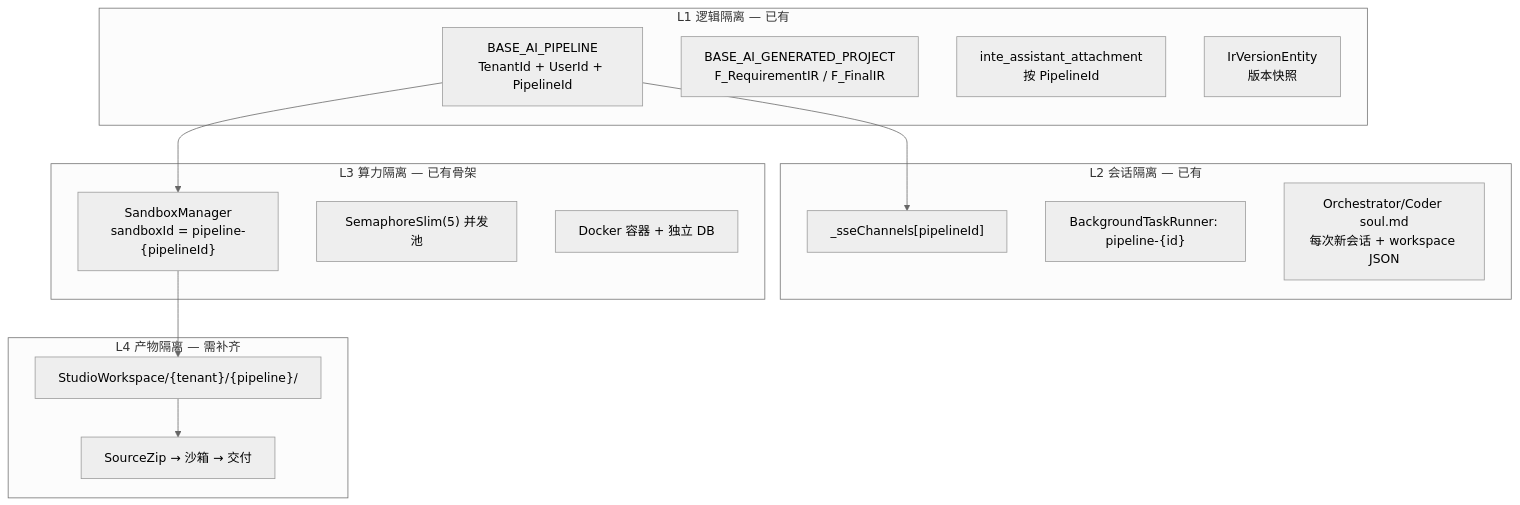
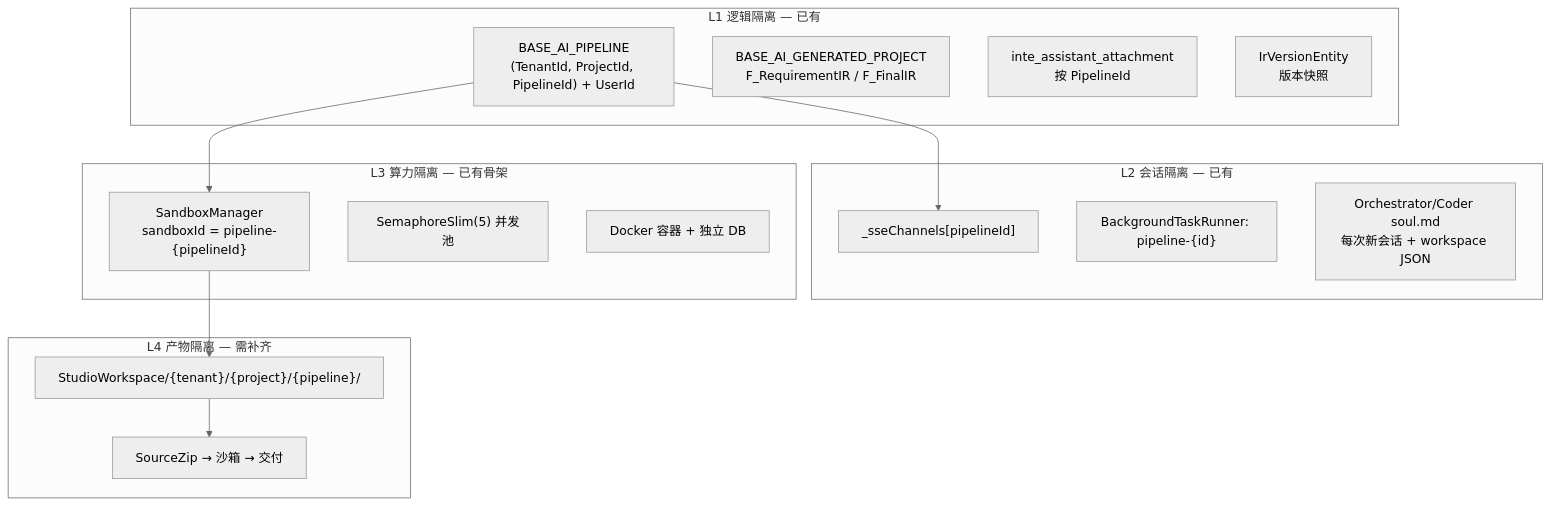
Before and after one commit to DULASlee/jnpfv52: the diagram in docs/AI原生开发/1、多用户多任务并行/1、现有架构缺陷和应对.md, drawn with Mermaid (neutral theme). The commit also changed other lines of this file and 691 other files, not shown here.

````diff
--- a/docs/AI原生开发/1、多用户多任务并行/1、现有架构缺陷和应对.md
+++ b/docs/AI原生开发/1、多用户多任务并行/1、现有架构缺陷和应对.md
@@ -417,31 +419,31 @@
 ```mermaid
 flowchart TB
     subgraph L1["L1 逻辑隔离 — 已有"]
-        P["BASE_AI_PIPELINE<br/>TenantId + UserId + PipelineId"]
+        P["BASE_AI_PIPELINE<br/>(TenantId, ProjectId, PipelineId) + UserId"]
         G["BASE_AI_GENERATED_PROJECT<br/>F_RequirementIR / F_FinalIR"]
         M["inte_assistant_attachment<br/>按 PipelineId"]
         V["IrVersionEntity<br/>版本快照"]
     end
 
     subgraph L2["L2 会话隔离 — 已有"]
         SSE["_sseChannels[pipelineId]"]
         BG["BackgroundTaskRunner: pipeline-{id}"]
         SOUL["Orchestrator/Coder soul.md<br/>每次新会话 + workspace JSON"]
     end
 
     subgraph L3["L3 算力隔离 — 已有骨架"]
         SB["SandboxManager<br/>sandboxId = pipeline-{pipelineId}"]
         SEM["SemaphoreSlim(5) 并发池"]
         DK["Docker 容器 + 独立 DB"]
     end
 
     subgraph L4["L4 产物隔离 — 需补齐"]
-        WS["StudioWorkspace/{tenant}/{pipeline}/"]
+        WS["StudioWorkspace/{tenant}/{project}/{pipeline}/"]
         ZIP["SourceZip → 沙箱 → 交付"]
     end
 
     P --> SSE
     P --> SB
     SB --> WS
     WS --> ZIP
 ```
````
